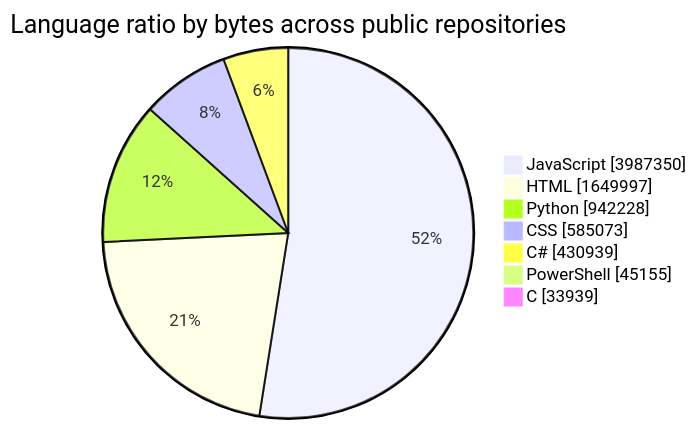
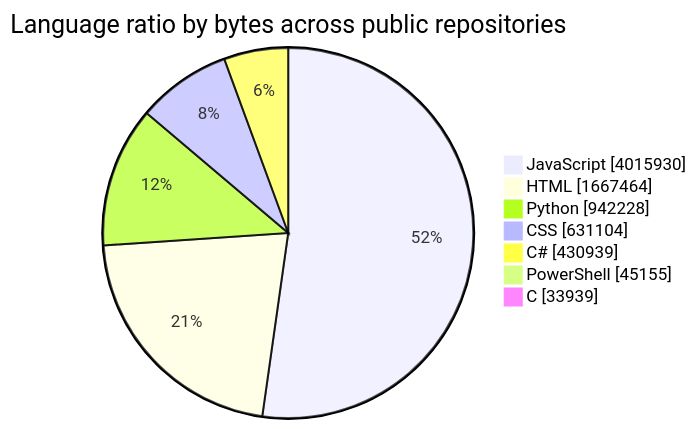
The first of 2 diagrams in README.md (tchinso/tchinso), drawn with Mermaid before and after one commit. The commit also changed other lines of this file, not shown here.

````diff
--- a/README.md
+++ b/README.md
@@ -24,11 +24,11 @@
 ```mermaid
 pie showData
     title Language ratio by bytes across public repositories
-    "JavaScript" : 3987350
-    "HTML" : 1649997
+    "JavaScript" : 4015930
+    "HTML" : 1667464
     "Python" : 942228
-    "CSS" : 585073
+    "CSS" : 631104
     "C#" : 430939
     "PowerShell" : 45155
     "C" : 33939
 ```
````
